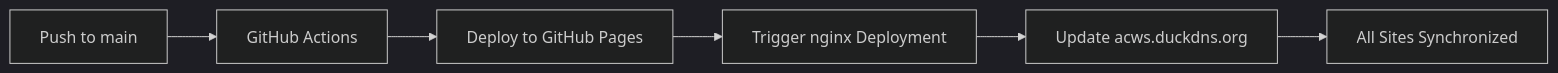
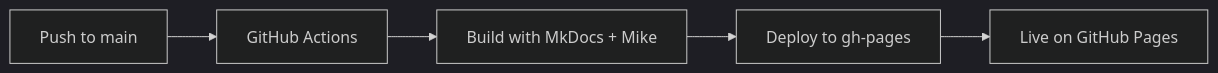
The diagram in README.md (arista-channel/acws), drawn with Mermaid (dark theme) before and after one commit. The commit also changed other lines of this file, not shown here.

First line of the commit message:
Update README with official GitHub Pages URL

````diff
--- a/README.md
+++ b/README.md
@@ -314,8 +304,7 @@
 ```mermaid
 graph LR
     A[Push to main] --> B[GitHub Actions]
-    B --> C[Deploy to GitHub Pages]
-    C --> D[Trigger nginx Deployment]
-    D --> E[Update acws.duckdns.org]
-    E --> F[All Sites Synchronized]
+    B --> C[Build with MkDocs + Mike]
+    C --> D[Deploy to gh-pages]
+    D --> E[Live on GitHub Pages]
 ```
````
